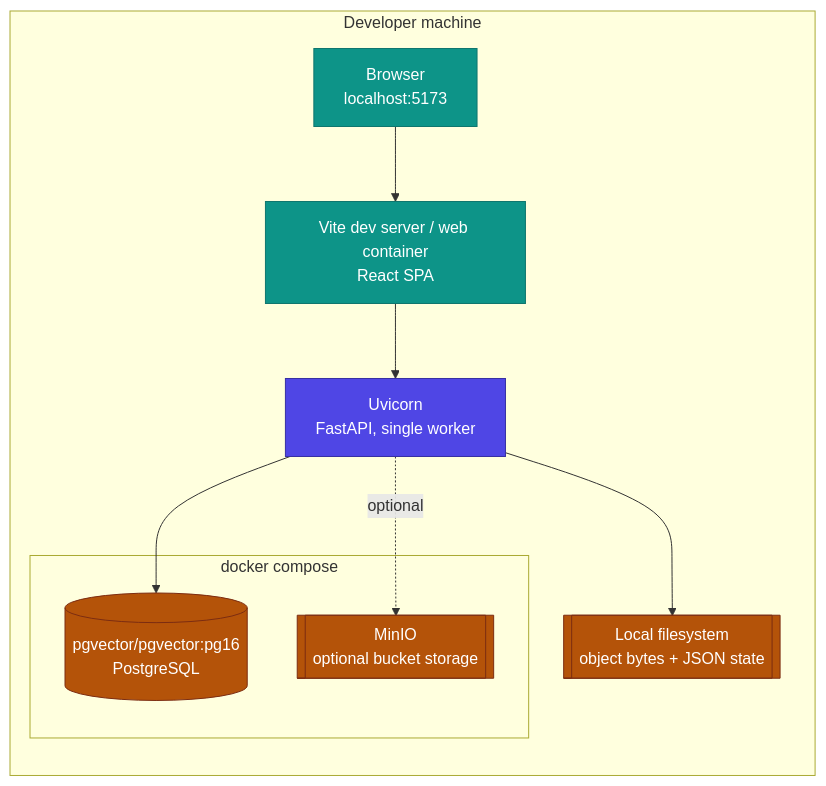
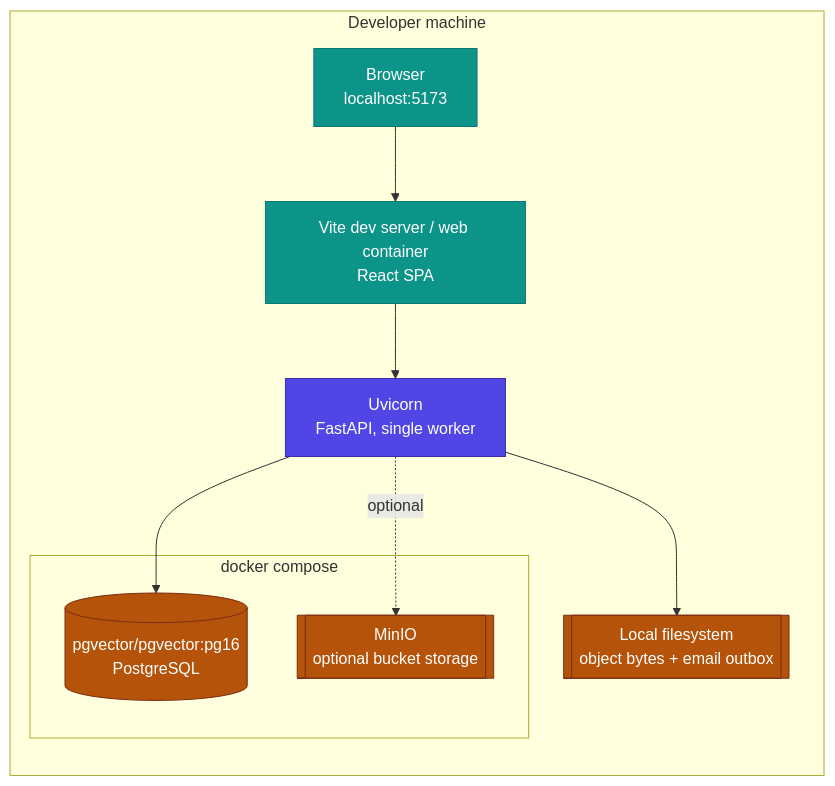
The first of 2 diagrams in docs/ARCHITECTURE_DEPLOYMENT.md (ShabalalaWATP/Coeus), drawn with Mermaid before and after one commit. The commit also changed other lines of this file and 221 other files, not shown here.

````diff
--- a/docs/ARCHITECTURE_DEPLOYMENT.md
+++ b/docs/ARCHITECTURE_DEPLOYMENT.md
@@ -19,26 +19,26 @@
 ```mermaid
 flowchart TB
     subgraph dev["Developer machine"]
         direction TB
         BROWSER["Browser<br/>localhost:5173"]
         VITE["Vite dev server / web container<br/>React SPA"]
         UVICORN["Uvicorn<br/>FastAPI, single worker"]
         subgraph compose["docker compose"]
             PG[("pgvector/pgvector:pg16<br/>PostgreSQL")]
             MINIO[["MinIO<br/>optional bucket storage"]]
         end
-        FS[["Local filesystem<br/>object bytes + JSON state"]]
+        FS[["Local filesystem<br/>object bytes + email outbox"]]
     end
 
     BROWSER --> VITE --> UVICORN
     UVICORN --> PG
     UVICORN --> FS
     UVICORN -.optional.-> MINIO
 
     classDef fe fill:#0d9488,stroke:#0f766e,color:#fff,stroke-width:1px
     classDef be fill:#4f46e5,stroke:#3730a3,color:#fff,stroke-width:1px
     classDef data fill:#b45309,stroke:#7c2d12,color:#fff,stroke-width:1px
     class BROWSER,VITE fe
     class UVICORN be
     class PG,MINIO,FS data
 ```
````
